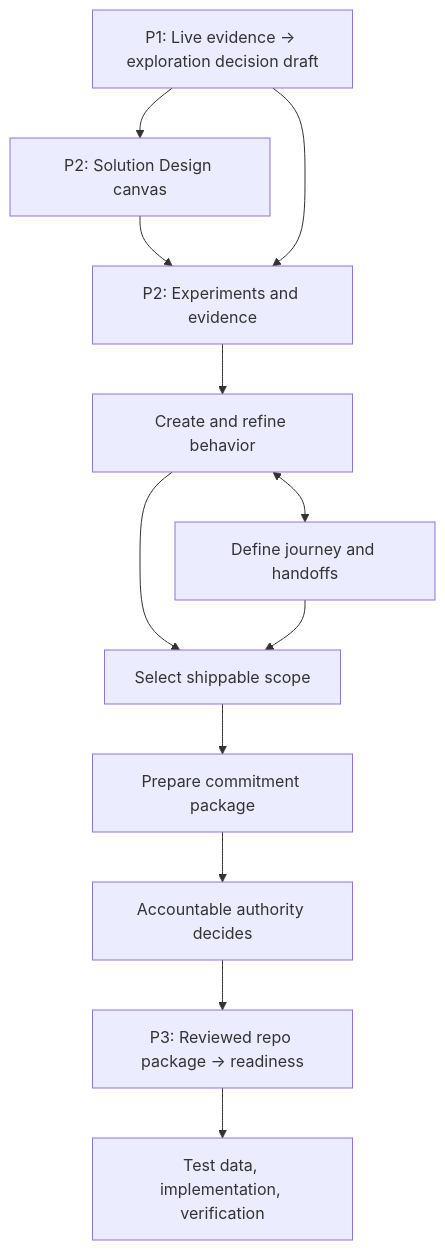
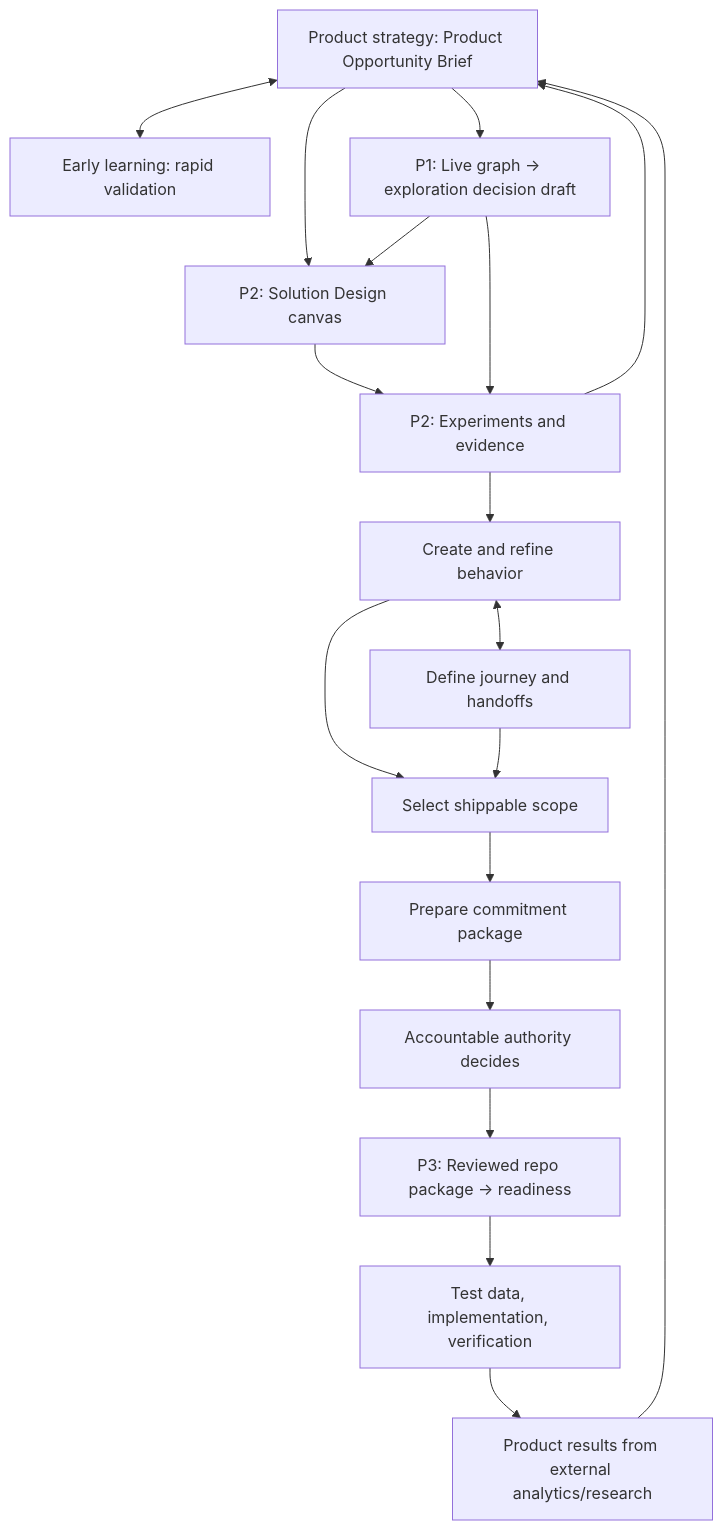
One commit to Accelerated-Innovation/aipos-plugins changed the diagram in docs/workflow.md. Above: the diagram before and after it, drawn with Mermaid. The commit also changed other lines of this file and 26 other files, not shown here.

Commit message:
feat: add product strategy skill for limited release (#37)

````diff
--- a/docs/workflow.md
+++ b/docs/workflow.md
@@ -7,14 +7,20 @@
 ```mermaid
 flowchart TD
-    P["P1: Live evidence → exploration decision draft"] --> SD["P2: Solution Design canvas"]
+    PS["Product strategy: Product Opportunity Brief"] <--> L["Early learning: rapid validation"]
+    PS --> P["P1: Live graph → exploration decision draft"]
+    PS --> SD["P2: Solution Design canvas"]
+    P --> SD
     SD --> V["P2: Experiments and evidence"]
     P --> V
     V --> B["Create and refine behavior"]
     B <--> J["Define journey and handoffs"]
     B --> S["Select shippable scope"]
     J --> S
     S --> C["Prepare commitment package"]
     C --> A["Accountable authority decides"]
     A --> R["P3: Reviewed repo package → readiness"]
     R --> D["Test data, implementation, verification"]
+    V --> PS
+    D --> O["Product results from external analytics/research"]
+    O --> PS
 ```
````
